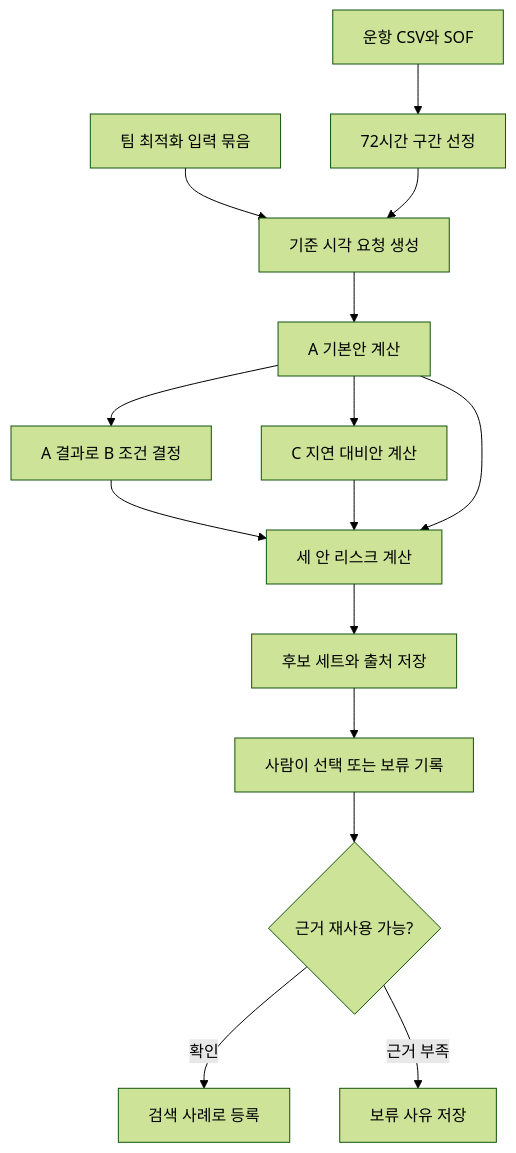
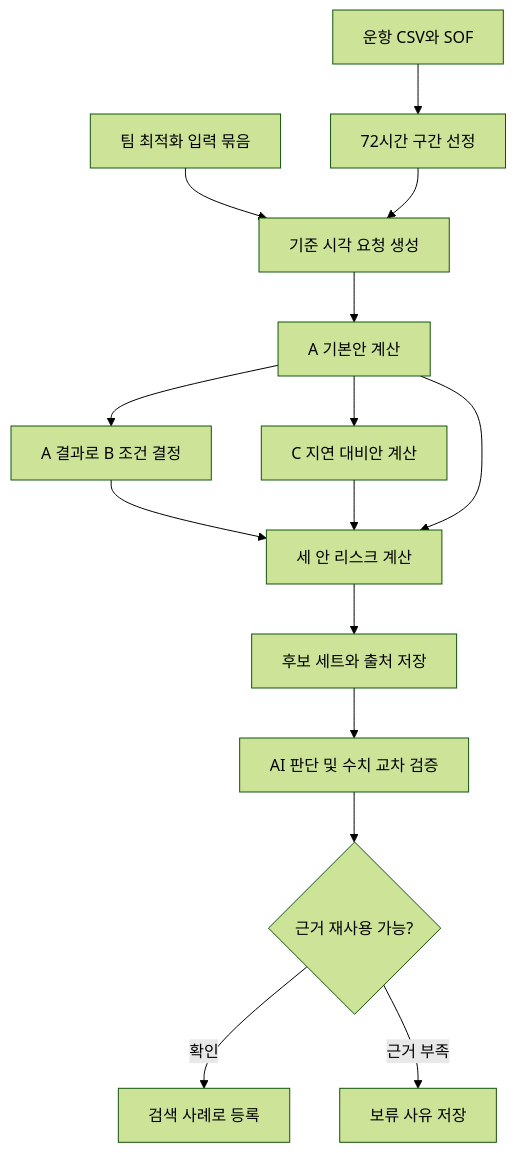
The first of 2 diagrams in docs/precedent-agent-data.md (team-laytime/D-MIN-prototype-palantir), drawn with Mermaid (forest theme) before and after one commit. The commit also changed other lines of this file and 36 other files, not shown here.

````diff
--- a/docs/precedent-agent-data.md
+++ b/docs/precedent-agent-data.md
@@ -36,17 +37,17 @@
 ```mermaid
 flowchart TD
   V["운항 CSV와 SOF"] --> T["72시간 구간 선정"]
   E["팀 최적화 입력 묶음"] --> P["기준 시각 요청 생성"]
   T --> P
   P --> A["A 기본안 계산"]
   A --> B["A 결과로 B 조건 결정"]
   A --> C["C 지연 대비안 계산"]
   B --> R["세 안 리스크 계산"]
   C --> R
   A --> R
   R --> S["후보 세트와 출처 저장"]
-  S --> H["사람이 선택 또는 보류 기록"]
+  S --> H["AI 판단 및 수치 교차 검증"]
   H --> Q{"근거 재사용 가능?"}
   Q -->|확인| I["검색 사례로 등록"]
   Q -->|근거 부족| U["보류 사유 저장"]
 ```
````
